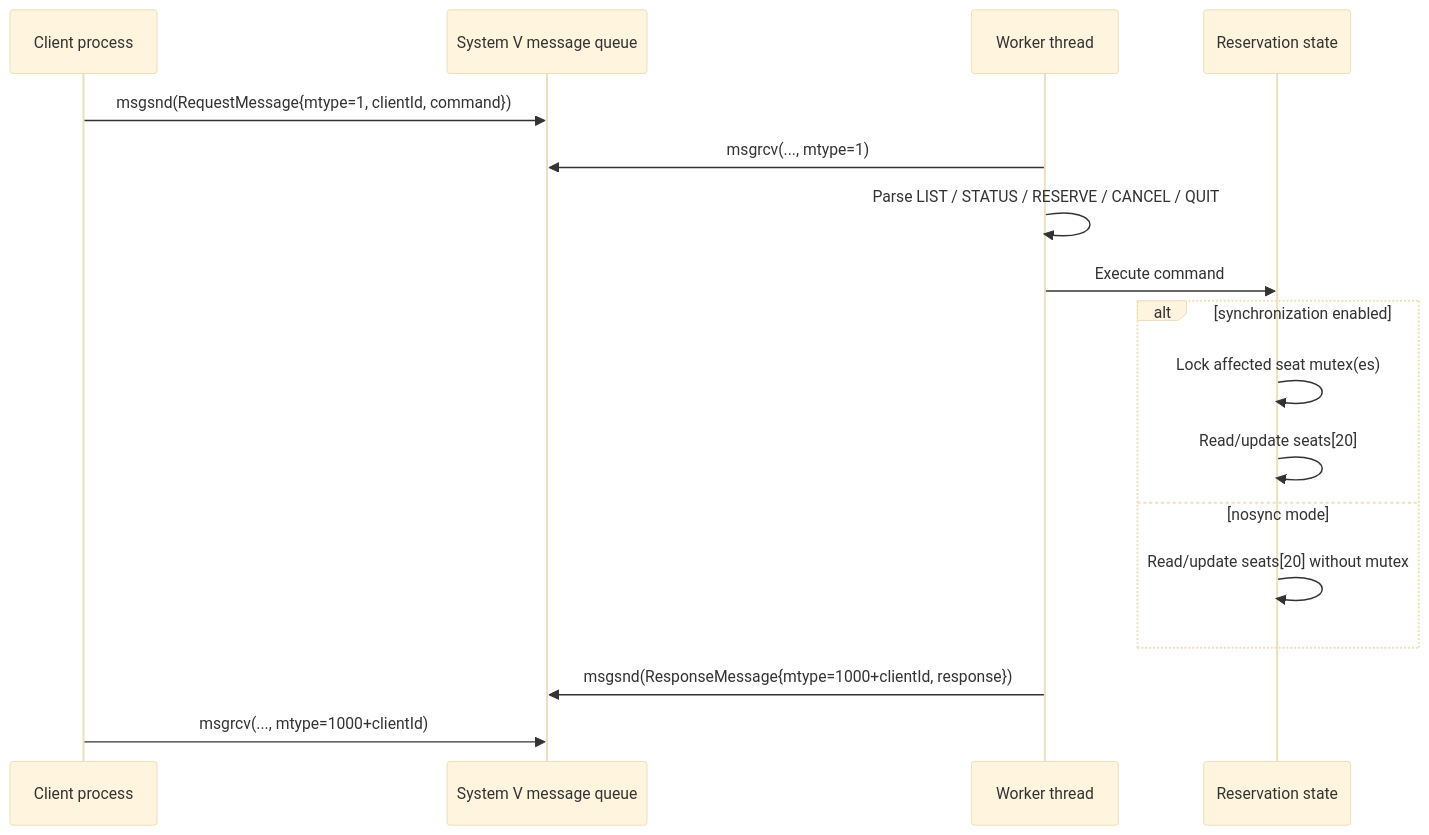
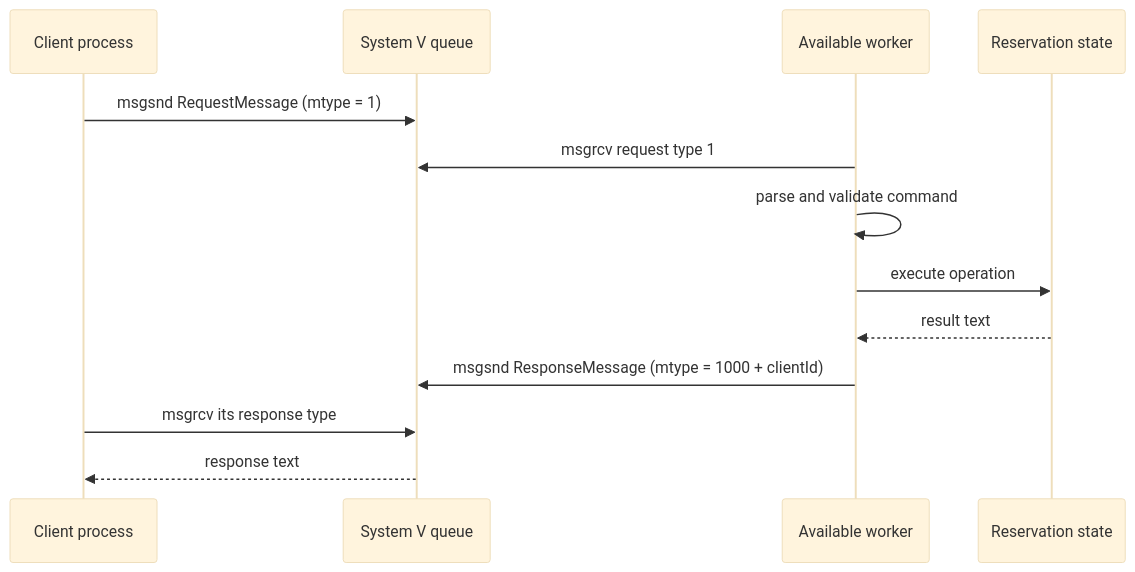
The third of 5 diagrams in docs/architecture.md (vixvify/airplane-booking), drawn with Mermaid (base theme) before and after one commit. The commit also changed other lines of this file, not shown here.

Commit message:
docs: refresh system architecture

````diff
--- a/docs/architecture.md
+++ b/docs/architecture.md
@@ -50,20 +83,16 @@
 ```mermaid
 sequenceDiagram
     participant Client as Client process
-    participant Queue as System V message queue
-    participant Worker as Worker thread
+    participant Queue as System V queue
+    participant Worker as Available worker
     participant Domain as Reservation state
 
-    Client->>Queue: msgsnd(RequestMessage{mtype=1, clientId, command})
-    Worker->>Queue: msgrcv(..., mtype=1)
-    Worker->>Worker: Parse LIST / STATUS / RESERVE / CANCEL / QUIT
-    Worker->>Domain: Execute command
-    alt synchronization enabled
-        Domain->>Domain: Lock affected seat mutex(es)
-        Domain->>Domain: Read/update seats[20]
-    else nosync mode
-        Domain->>Domain: Read/update seats[20] without mutex
-    end
-    Worker->>Queue: msgsnd(ResponseMessage{mtype=1000+clientId, response})
-    Client->>Queue: msgrcv(..., mtype=1000+clientId)
+    Client->>Queue: msgsnd RequestMessage (mtype = 1)
+    Worker->>Queue: msgrcv request type 1
+    Worker->>Worker: parse and validate command
+    Worker->>Domain: execute operation
+    Domain-->>Worker: result text
+    Worker->>Queue: msgsnd ResponseMessage (mtype = 1000 + clientId)
+    Client->>Queue: msgrcv its response type
+    Queue-->>Client: response text
 ```
````
